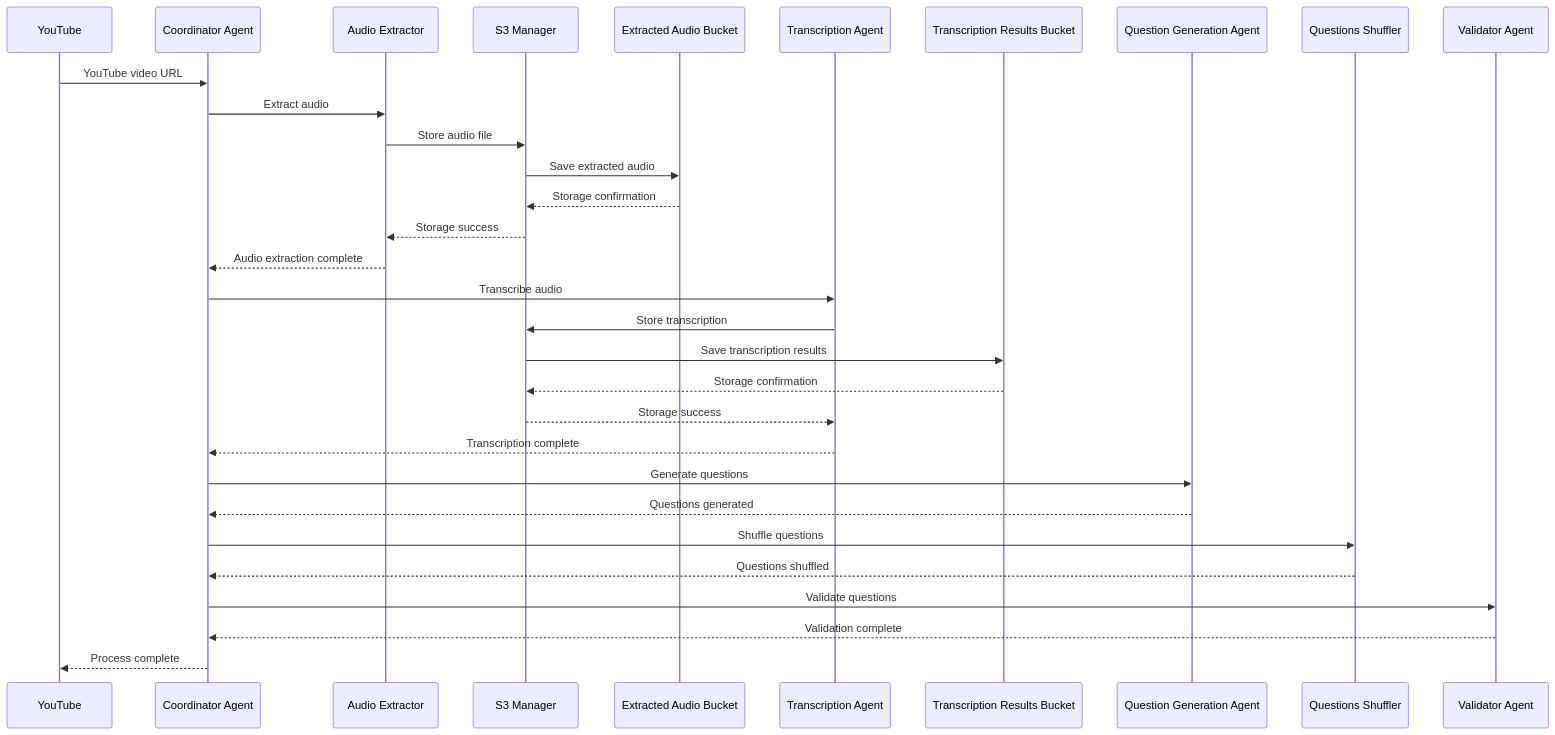
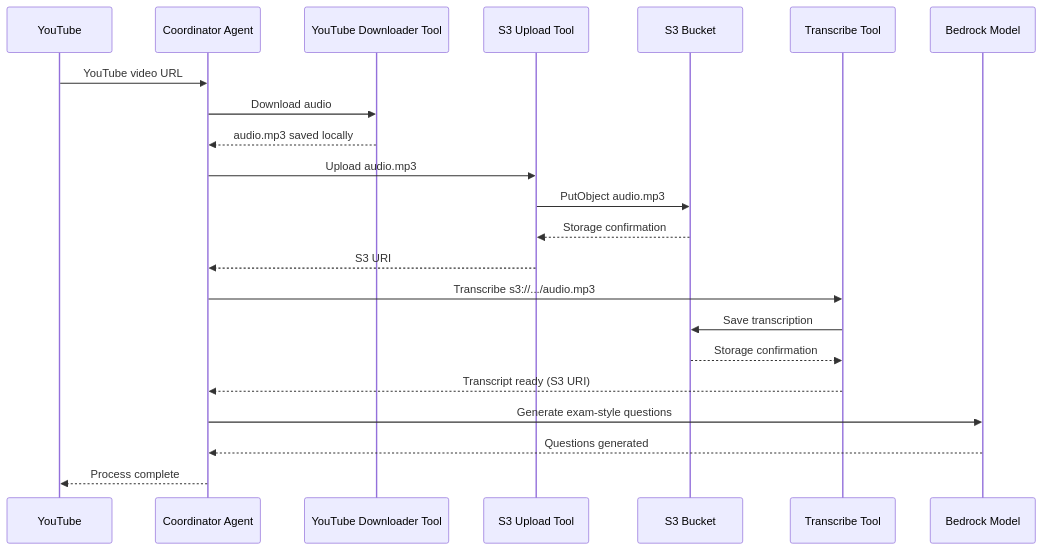
The second of 2 diagrams in README.md (hofstede-matheus/aws-workshop-ai-agents), drawn with Mermaid before and after one commit. The commit also changed other lines of this file, not shown here.

Commit message:
refactor: update flow diagrams and rename components for clarity in README

````diff
--- a/README.md
+++ b/README.md
@@ -80,40 +78,30 @@
 ```mermaid
 sequenceDiagram
     participant YT as YouTube
     participant C as Coordinator Agent
-    participant AE as Audio Extractor
-    participant SM as S3 Manager
-    participant EAB as Extracted Audio Bucket
-    participant T as Transcription Agent
-    participant TRB as Transcription Results Bucket
-    participant QG as Question Generation Agent
-    participant QS as Questions Shuffler
-    participant V as Validator Agent
+    participant YDL as YouTube Downloader Tool
+    participant S3U as S3 Upload Tool
+    participant S3 as S3 Bucket
+    participant TR as Transcribe Tool
+    participant BR as Bedrock Model
 
     YT->>C: YouTube video URL
 
-    C->>AE: Extract audio
-    AE->>SM: Store audio file
-    SM->>EAB: Save extracted audio
-    EAB-->>SM: Storage confirmation
-    SM-->>AE: Storage success
-    AE-->>C: Audio extraction complete
+    C->>YDL: Download audio
+    YDL-->>C: audio.mp3 saved locally
 
-    C->>T: Transcribe audio
-    T->>SM: Store transcription
-    SM->>TRB: Save transcription results
-    TRB-->>SM: Storage confirmation
-    SM-->>T: Storage success
-    T-->>C: Transcription complete
+    C->>S3U: Upload audio.mp3
+    S3U->>S3: PutObject audio.mp3
+    S3-->>S3U: Storage confirmation
+    S3U-->>C: S3 URI
 
-    C->>QG: Generate questions
-    QG-->>C: Questions generated
+    C->>TR: Transcribe s3://.../audio.mp3
+    TR->>S3: Save transcription
+    S3-->>TR: Storage confirmation
+    TR-->>C: Transcript ready (S3 URI)
 
-    C->>QS: Shuffle questions
-    QS-->>C: Questions shuffled
-
-    C->>V: Validate questions
-    V-->>C: Validation complete
+    C->>BR: Generate exam-style questions
+    BR-->>C: Questions generated
 
     C-->>YT: Process complete
 ```
````
